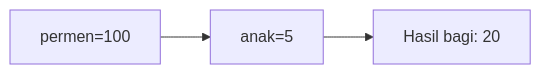
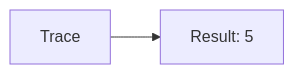
One commit to amnahwaida/OSNK_INF_PREP changed diagram 17 of 25 in part-c-pemahaman-cpp/01-tipe-data/latihan/set-12.md. Above: the diagram before and after it, drawn with Mermaid. The commit also changed other lines of this file and 71 other files, not shown here.

````diff
--- a/part-c-pemahaman-cpp/01-tipe-data/latihan/set-12.md
+++ b/part-c-pemahaman-cpp/01-tipe-data/latihan/set-12.md
@@ -449,5 +358,4 @@
 ```mermaid
 graph LR
-A["permen=100"] --> B["anak=5"]
-B --> C["Hasil bagi: 20"]
+A[Trace] --> B[Result: 5]
 ```
````
